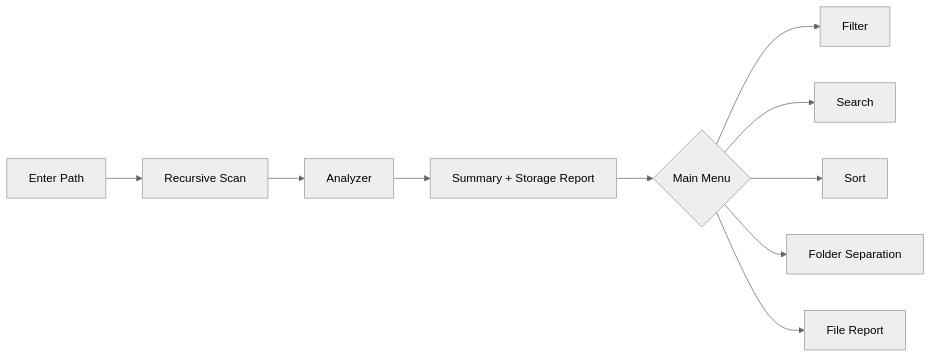
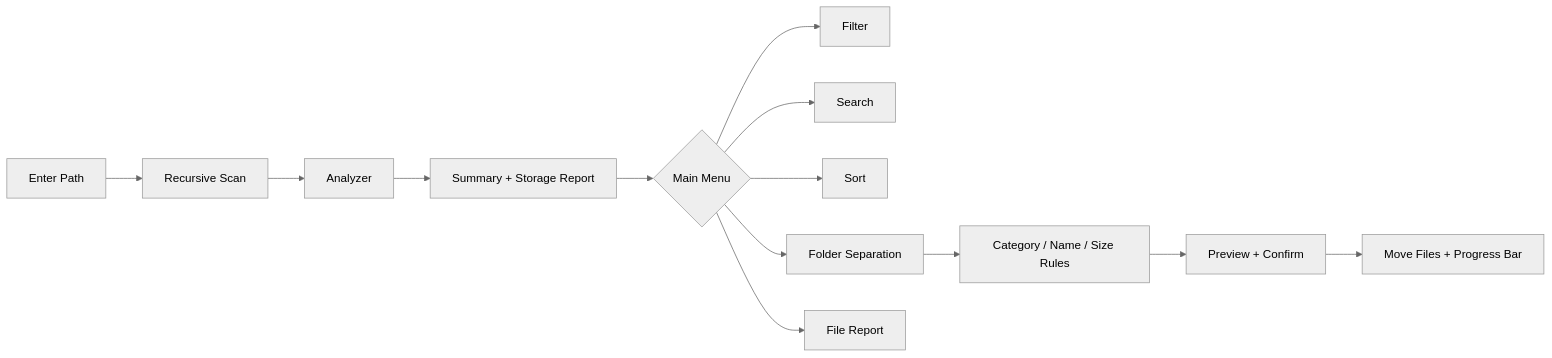
The diagram in README.md (Aryangupta-builds/PC-Guardian), drawn with Mermaid (neutral theme) before and after one commit. The commit also changed other lines of this file, not shown here.

````diff
--- a/README.md
+++ b/README.md
@@ -132,12 +164,15 @@
 ```mermaid
 flowchart LR
     A[Enter Path] --> B[Recursive Scan]
     B --> C[Analyzer]
     C --> D[Summary + Storage Report]
     D --> E{Main Menu}
     E --> F[Filter]
     E --> G[Search]
     E --> H[Sort]
     E --> I[Folder Separation]
     E --> J[File Report]
+    I --> K[Category / Name / Size Rules]
+    K --> L[Preview + Confirm]
+    L --> M[Move Files + Progress Bar]
 ```
````
